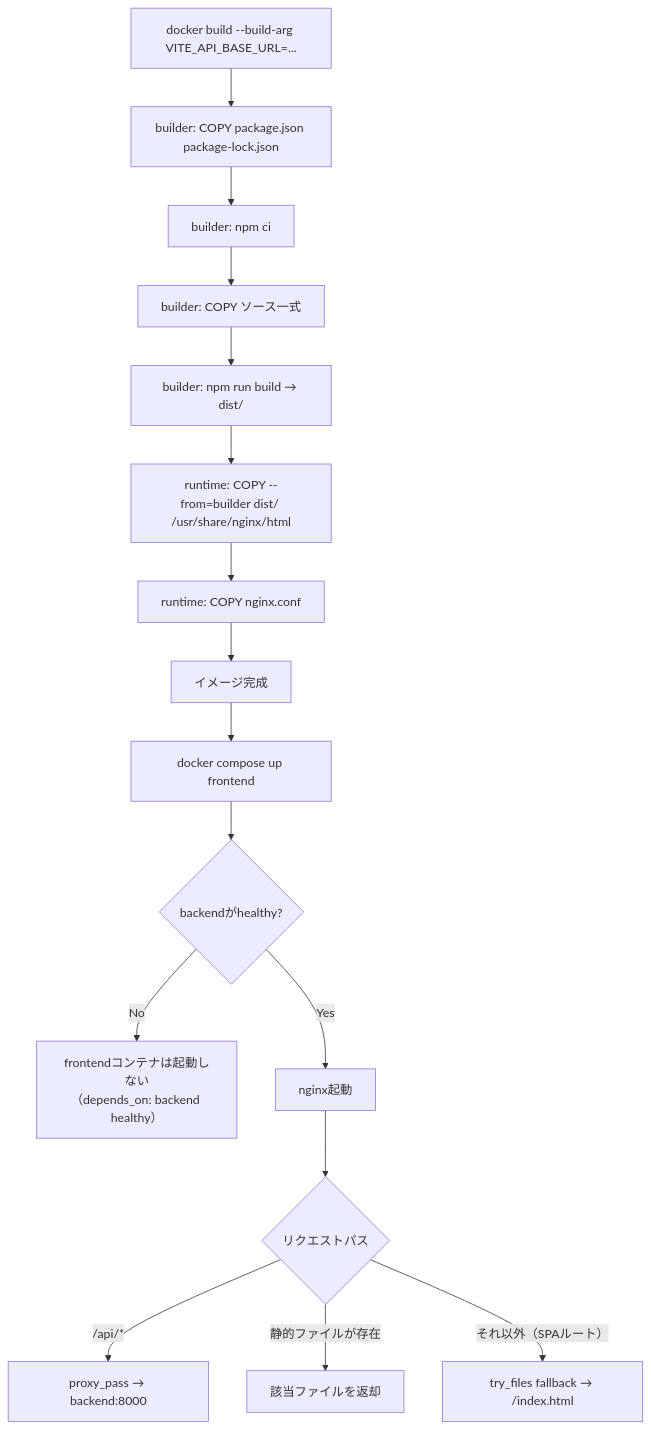
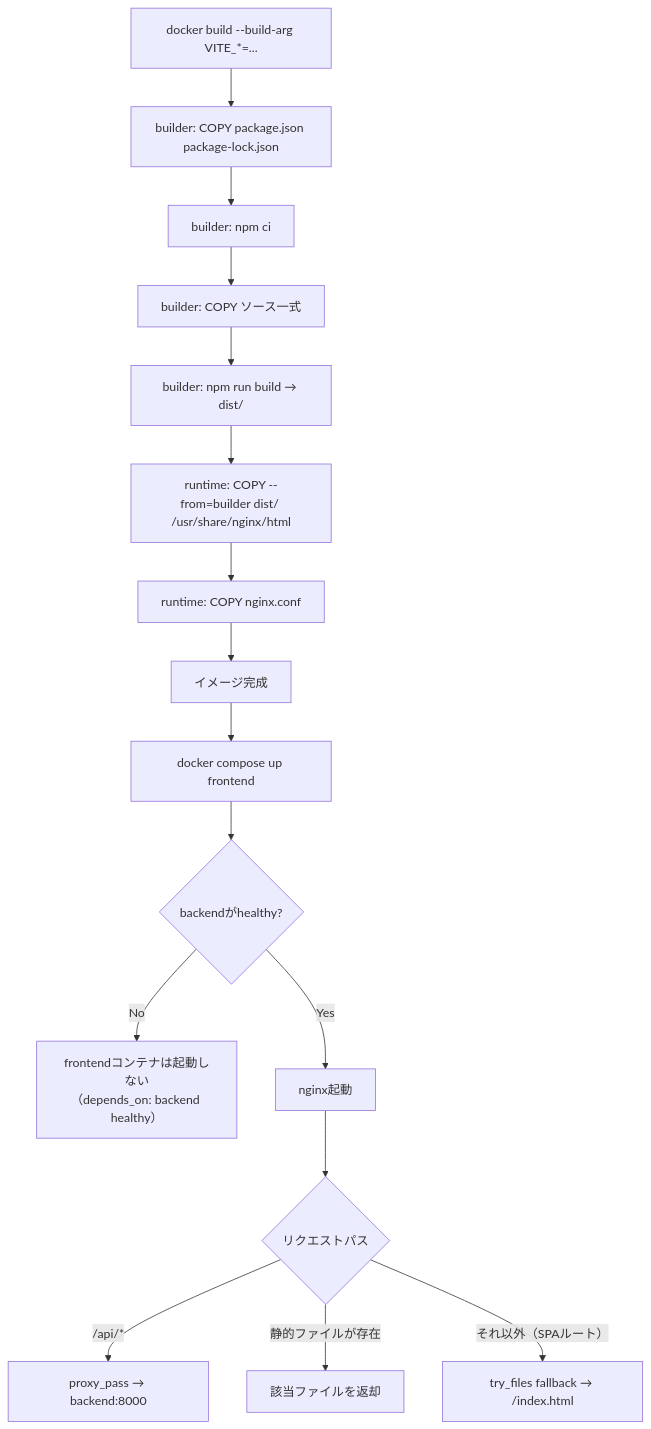
The third of 4 diagrams in docs/detailed_design/infra/03_dockerfile_frontend.md (oikawa-d/task_management), drawn with Mermaid before and after one commit. The commit also changed other lines of this file and 6 other files, not shown here.

````diff
--- a/docs/detailed_design/infra/03_dockerfile_frontend.md
+++ b/docs/detailed_design/infra/03_dockerfile_frontend.md
@@ -88,19 +91,19 @@
 ```mermaid
 flowchart TB
-    A["docker build --build-arg VITE_API_BASE_URL=..."] --> B["builder: COPY package.json package-lock.json"]
+    A["docker build --build-arg VITE_*=..."] --> B["builder: COPY package.json package-lock.json"]
     B --> C["builder: npm ci"]
     C --> D["builder: COPY ソース一式"]
     D --> E["builder: npm run build → dist/"]
     E --> F["runtime: COPY --from=builder dist/ /usr/share/nginx/html"]
     F --> G["runtime: COPY nginx.conf"]
     G --> H["イメージ完成"]
 
     H --> I["docker compose up frontend"]
     I --> J{"backendがhealthy?"}
     J -->|No| K["frontendコンテナは起動しない<br/>（depends_on: backend healthy）"]
     J -->|Yes| L["nginx起動"]
     L --> M{"リクエストパス"}
     M -->|"/api/*"| N["proxy_pass → backend:8000"]
     M -->|"静的ファイルが存在"| O["該当ファイルを返却"]
     M -->|"それ以外（SPAルート）"| P["try_files fallback → /index.html"]
 ```
````
